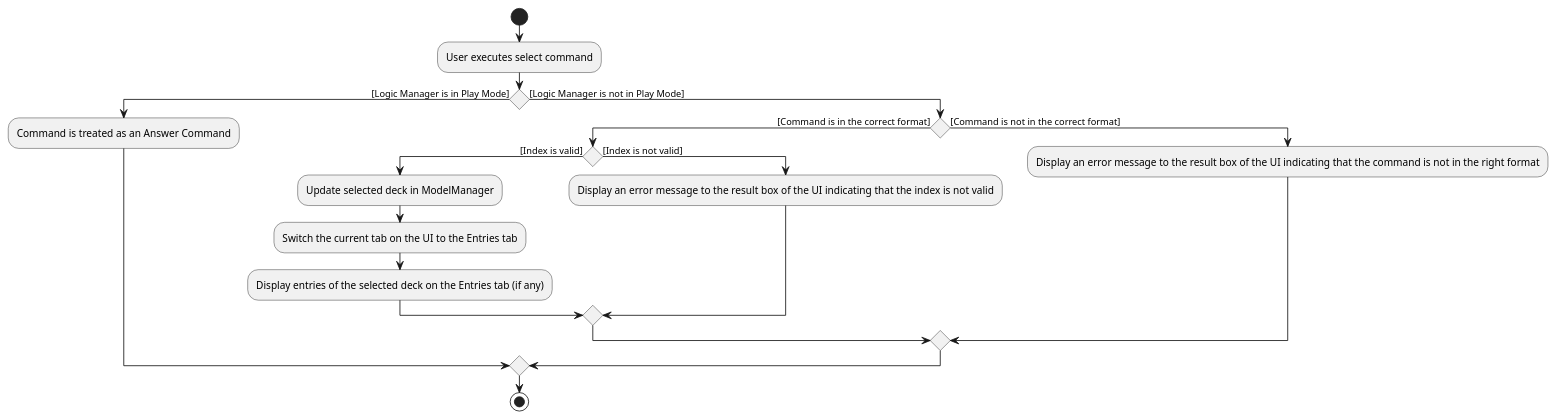
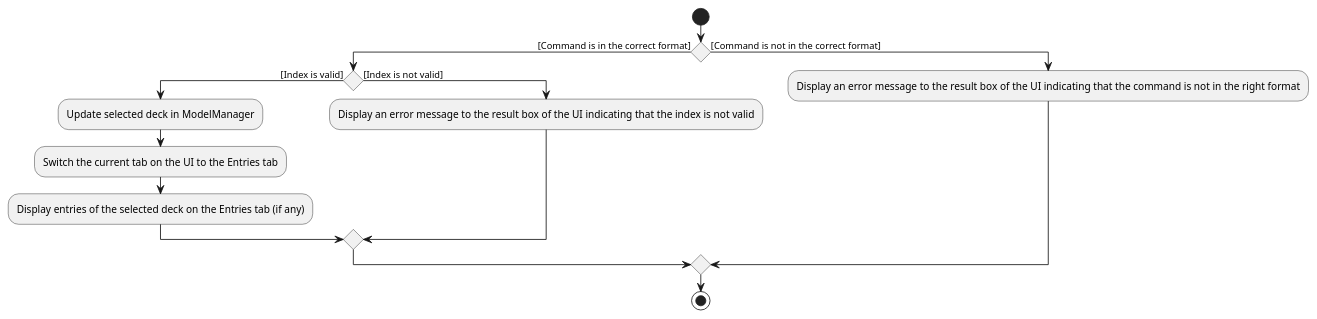
The diagram in docs/diagrams/SelectActivityDiagram.puml (vigneshbhuvan-nus/tp), drawn with PlantUML before and after one commit. The commit also changed 3 other files, not shown here.

Commit message:
Update Activity Diagrams and add new AnswerCommanDiagram

```diff
--- a/docs/diagrams/SelectActivityDiagram.puml
+++ b/docs/diagrams/SelectActivityDiagram.puml
@@ -1,20 +1,15 @@
 @startuml
 start
-:User executes select command;
-if() then ([Logic Manager is in Play Mode])
-:Command is treated as an Answer Command;
-else([Logic Manager is not in Play Mode])
 if() then([Command is in the correct format])
 if() then([Index is valid])
 :Update selected deck in ModelManager;
 :Switch the current tab on the UI to the Entries tab;
 :Display entries of the selected deck on the Entries tab (if any);
 else([Index is not valid])
 :Display an error message to the result box of the UI indicating that the index is not valid;
 endif
 else([Command is not in the correct format])
 :Display an error message to the result box of the UI indicating that the command is not in the right format;
 endif
-endif
 stop
 @enduml
```
